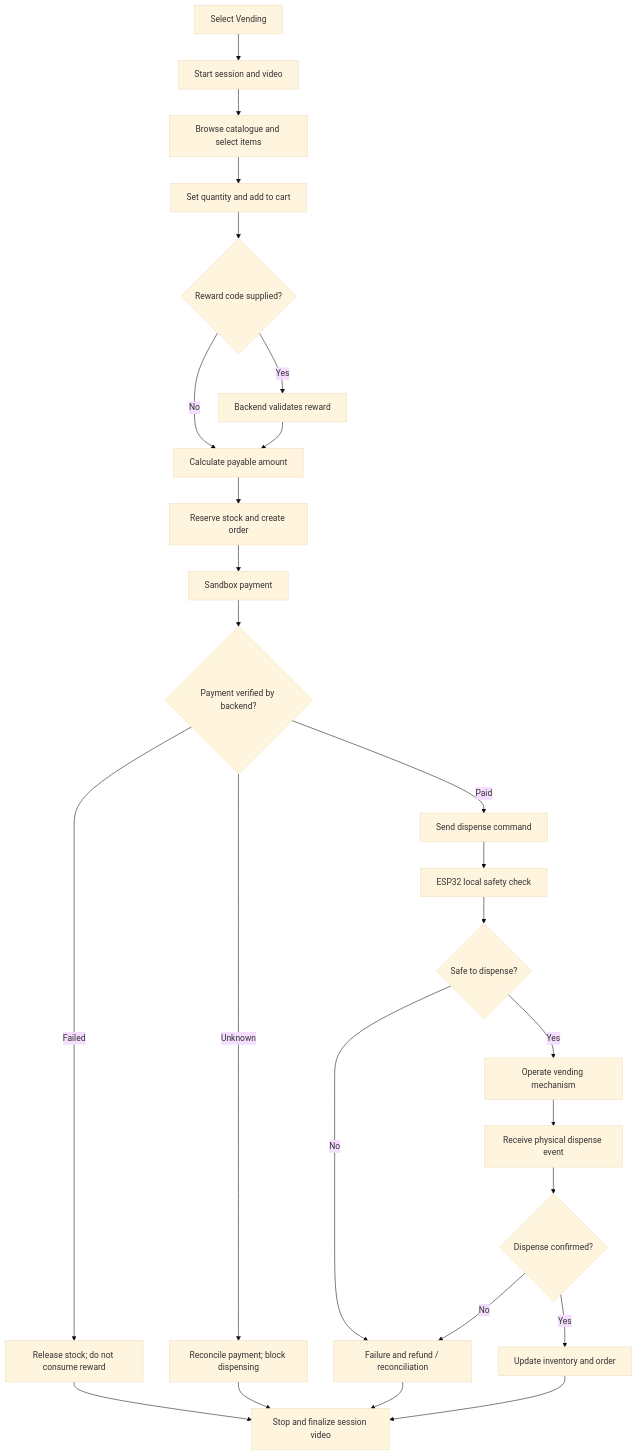
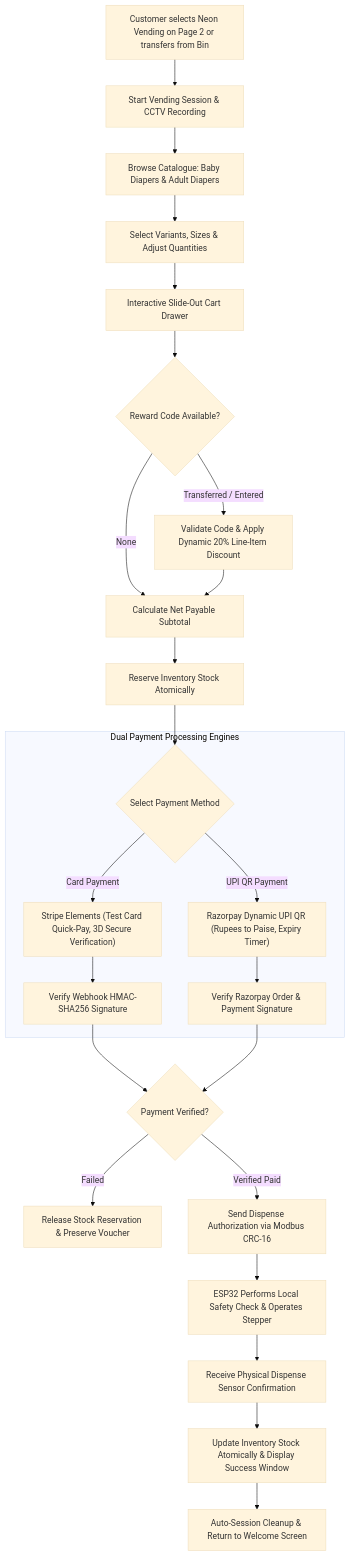
Before and after one commit to aswanayyappan/tech-farm-vending-machine: the fourth of 10 diagrams in SDDS_V5_Documents/SDDS_V5_Product_Requirements_Document.md, drawn with Mermaid (base theme). The commit also changed other lines of this file and 2 other files, not shown here.

Commit message:
docs: synchronize SDDS V5 PRD and Plan of Action with current web architecture

````diff
--- a/SDDS_V5_Documents/SDDS_V5_Product_Requirements_Document.md
+++ b/SDDS_V5_Documents/SDDS_V5_Product_Requirements_Document.md
@@ -732,28 +753,29 @@
 ```mermaid
 flowchart TD
-    A[Select Vending] --> B[Start session and video]
-    B --> C[Browse catalogue and select items]
-    C --> D[Set quantity and add to cart]
-    D --> E{Reward code supplied?}
-    E -- Yes --> F[Backend validates reward]
-    E -- No --> G[Calculate payable amount]
-    F --> G
-    G --> H[Reserve stock and create order]
-    H --> I[Sandbox payment]
-    I --> J{Payment verified by backend?}
-    J -- Failed --> K[Release stock; do not consume reward]
-    J -- Unknown --> L[Reconcile payment; block dispensing]
-    J -- Paid --> M[Send dispense command]
-    M --> N[ESP32 local safety check]
-    N --> O{Safe to dispense?}
-    O -- No --> P[Failure and refund / reconciliation]
-    O -- Yes --> Q[Operate vending mechanism]
-    Q --> R[Receive physical dispense event]
-    R --> S{Dispense confirmed?}
-    S -- Yes --> T[Update inventory and order]
-    S -- No --> P
-    K --> U[Stop and finalize session video]
-    L --> U
-    P --> U
-    T --> U
+    A[Customer selects Neon Vending on Page 2 or transfers from Bin] --> B[Start Vending Session & CCTV Recording]
+    B --> C[Browse Catalogue: Baby Diapers & Adult Diapers]
+    C --> D[Select Variants, Sizes & Adjust Quantities]
+    D --> E[Interactive Slide-Out Cart Drawer]
+    E --> F{Reward Code Available?}
+    F -- Transferred / Entered --> G[Validate Code & Apply Dynamic 20% Line-Item Discount]
+    F -- None --> H[Calculate Net Payable Subtotal]
+    G --> H
+    H --> I[Reserve Inventory Stock Atomically]
+    I --> J{Select Payment Method}
+    
+    subgraph DUAL_GATEWAY ["Dual Payment Processing Engines"]
+        J -->|Card Payment| K["Stripe Elements (Test Card Quick-Pay, 3D Secure Verification)"]
+        J -->|UPI QR Payment| L["Razorpay Dynamic UPI QR (Rupees to Paise, Expiry Timer)"]
+        K --> M[Verify Webhook HMAC-SHA256 Signature]
+        L --> N[Verify Razorpay Order & Payment Signature]
+    end
+
+    M --> O{Payment Verified?}
+    N --> O
+    O -- Failed --> P[Release Stock Reservation & Preserve Voucher]
+    O -- Verified Paid --> Q[Send Dispense Authorization via Modbus CRC-16]
+    Q --> R[ESP32 Performs Local Safety Check & Operates Stepper]
+    R --> S[Receive Physical Dispense Sensor Confirmation]
+    S --> T[Update Inventory Stock Atomically & Display Success Window]
+    T --> U[Auto-Session Cleanup & Return to Welcome Screen]
 ```
````
